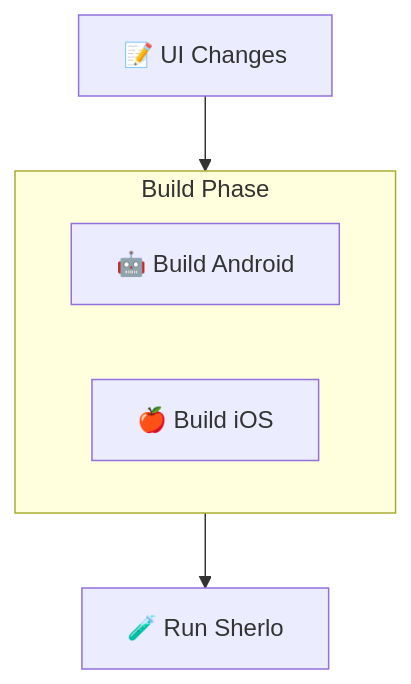
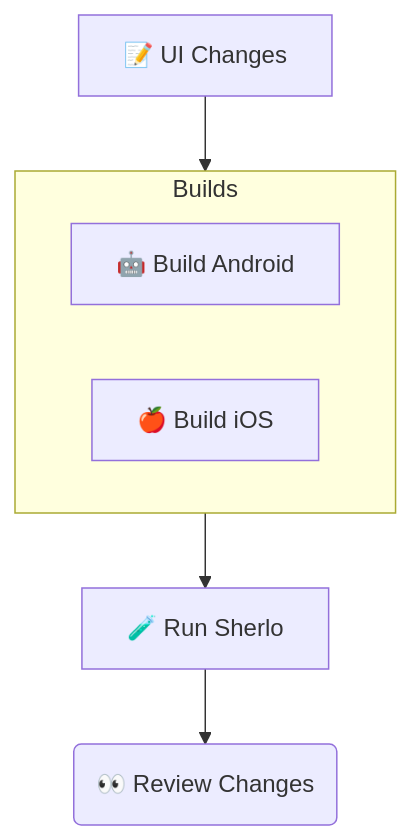
Before and after one commit to sherlo-io/sherlo: the third of 3 diagrams in examples/standard/README.md, drawn with Mermaid. The commit also changed other lines of this file, not shown here.

````diff
--- a/examples/standard/README.md
+++ b/examples/standard/README.md
@@ -69,14 +52,14 @@
 ```mermaid
 flowchart TD
     UI[📝 UI Changes]
-
-    subgraph builds[" Build Phase "]
+    subgraph Builds
         Android[🤖 Build Android]
         iOS[🍎 Build iOS]
     end
+    Sherlo[🧪 Run Sherlo]
+    Review(👀  Review Changes)
 
-    Sherlo[🧪 Run Sherlo]
-
-    UI --> builds
-    builds --> Sherlo
+    UI --> Builds
+    Builds --> Sherlo
+    Sherlo --> Review
 ```
````
